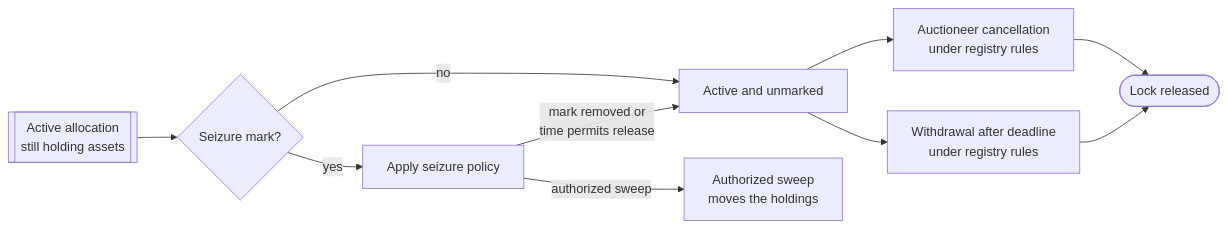
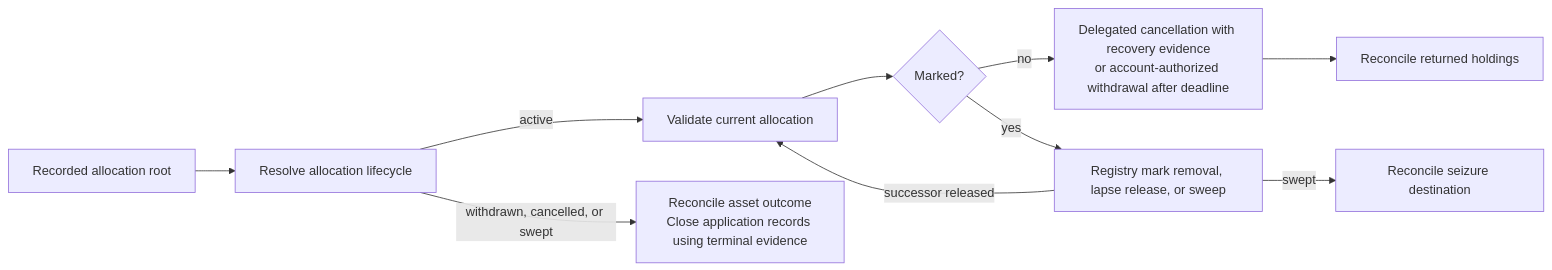
One commit to OpenZeppelin/canton-specs changed the fifth of 5 diagrams in docs/reference-architectures/confidential-auction.md. Above: the diagram before and after it, drawn with Mermaid. The commit also changed other lines of this file, not shown here.

First line of the commit message:
[Confidential Auction] Deeper flow descriptions and technical corrections (#200)

````diff
--- a/docs/reference-architectures/confidential-auction.md
+++ b/docs/reference-architectures/confidential-auction.md
@@ -634,23 +856,12 @@
 ```mermaid
 flowchart LR
-    Allocation[["Active allocation<br/>still holding assets"]]
-    Mark{"Seizure mark?"}
-
-    Ordinary["Active and unmarked"]
-    Cancel["Auctioneer cancellation<br/>under registry rules"]
-    Withdraw["Withdrawal after deadline<br/>under registry rules"]
-
-    Policy["Apply seizure policy"]
-    Swept["Authorized sweep<br/>moves the holdings"]
-    Released(["Lock released"])
-
-    Allocation --> Mark
-    Mark -->|"no"| Ordinary
-    Mark -->|"yes"| Policy
-    Ordinary --> Cancel
-    Ordinary --> Withdraw
-    Cancel --> Released
-    Withdraw --> Released
-    Policy -->|"mark removed or<br/>time permits release"| Ordinary
-    Policy -->|"authorized sweep"| Swept
+    Root["Recorded allocation root"] --> Resolve["Resolve allocation lifecycle"]
+    Resolve -->|"active"| Current["Validate current allocation"]
+    Resolve -->|"withdrawn, cancelled, or swept"| Recorded["Reconcile asset outcome<br/>Close application records using terminal evidence"]
+    Current --> Mark{"Marked?"}
+    Mark -->|"no"| Ordinary["Delegated cancellation with recovery evidence<br/>or account-authorized withdrawal after deadline"]
+    Mark -->|"yes"| Policy["Registry mark removal, lapse release, or sweep"]
+    Policy -->|"successor released"| Current
+    Policy -->|"swept"| Seized["Reconcile seizure destination"]
+    Ordinary --> Released["Reconcile returned holdings"]
 ```
````
